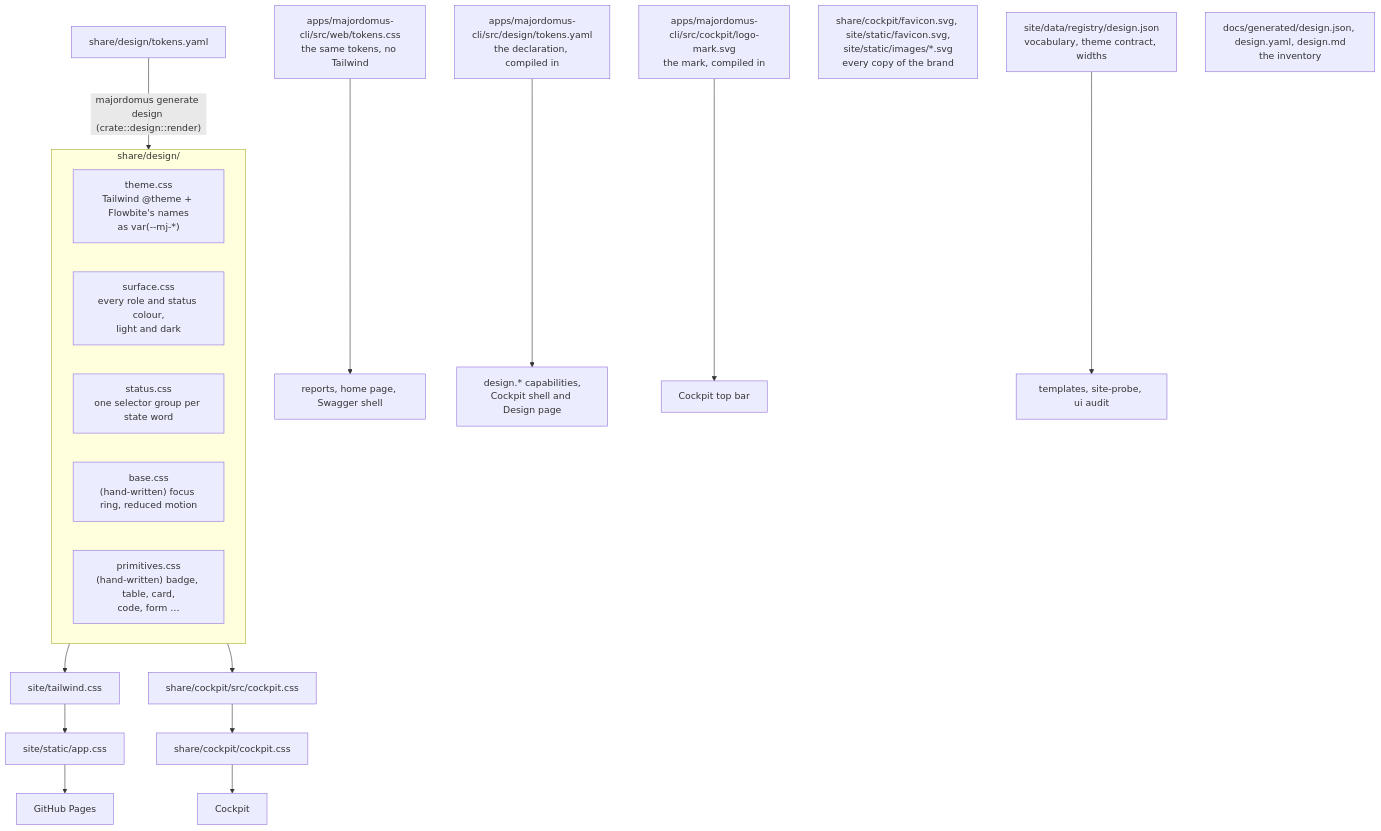
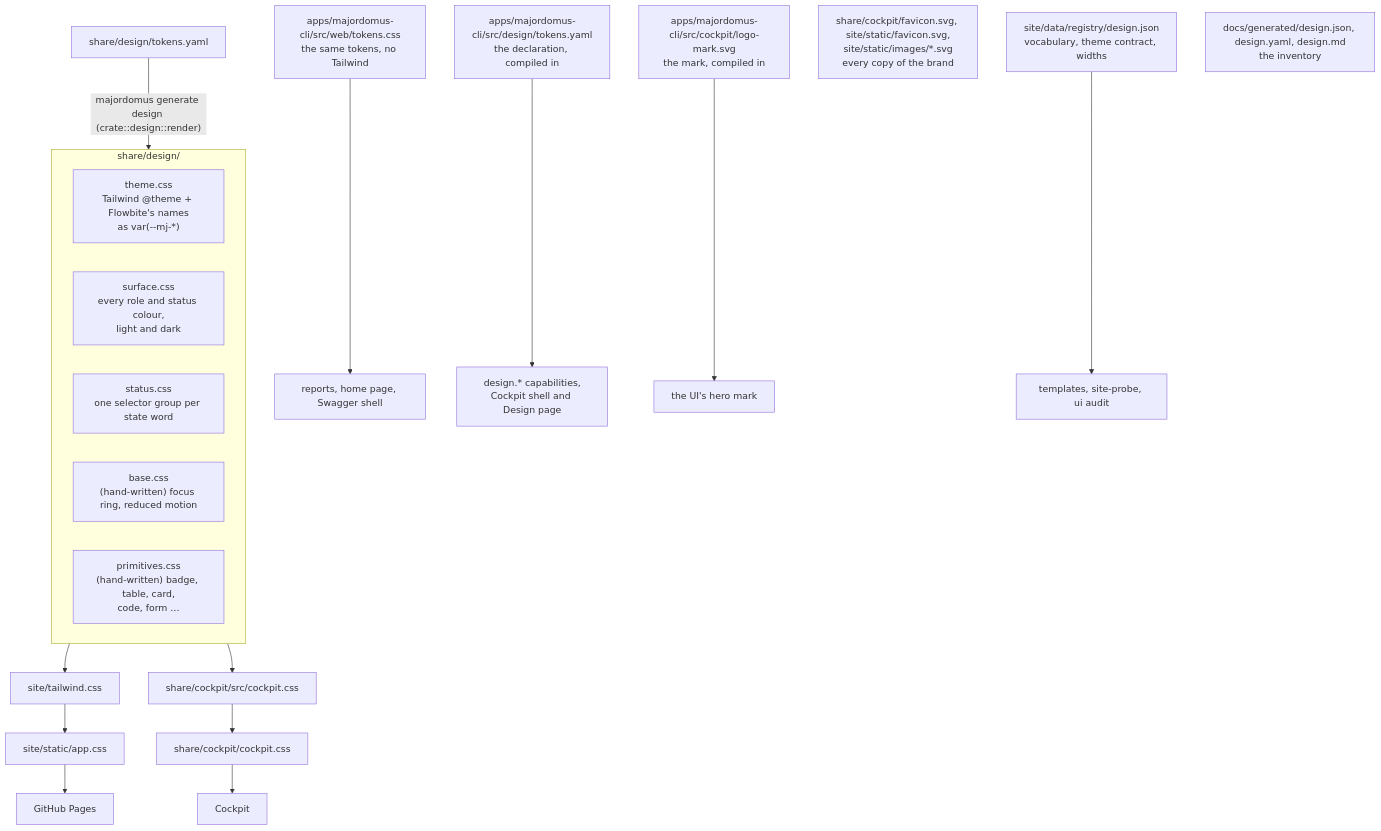
One commit to korczis/prismatic-majordomus changed the diagram in docs/DESIGN_SYSTEM.md. Above: the diagram before and after it, drawn with Mermaid. The commit also changed other lines of this file and 60 other files, not shown here.

````diff
--- a/docs/DESIGN_SYSTEM.md
+++ b/docs/DESIGN_SYSTEM.md
@@ -52,38 +52,38 @@
 ```mermaid
 flowchart TD
   yaml["share/design/tokens.yaml"]
   subgraph sheets["share/design/"]
     theme["theme.css<br>Tailwind @theme + Flowbite's names<br>as var(--mj-*)"]
     surface["surface.css<br>every role and status colour,<br>light and dark"]
     status["status.css<br>one selector group per state word"]
     base["base.css<br>(hand-written) focus ring, reduced motion"]
     primitives["primitives.css<br>(hand-written) badge, table, card,<br>code, form …"]
   end
   tailwind["site/tailwind.css"]
   appcss["site/static/app.css"]
   pages["GitHub Pages"]
   cksrc["share/cockpit/src/cockpit.css"]
   ckcss["share/cockpit/cockpit.css"]
   cockpit["Cockpit"]
   webtokens["apps/majordomus-cli/src/web/tokens.css<br>the same tokens, no Tailwind"]
   webout["reports, home page, Swagger shell"]
   decl["apps/majordomus-cli/src/design/tokens.yaml<br>the declaration, compiled in"]
   declout["design.* capabilities,<br>Cockpit shell and Design page"]
   logo["apps/majordomus-cli/src/cockpit/logo-mark.svg<br>the mark, compiled in"]
-  topbar["Cockpit top bar"]
+  topbar["the UI's hero mark"]
   brand["share/cockpit/favicon.svg, site/static/favicon.svg,<br>site/static/images/*.svg<br>every copy of the brand"]
   registry["site/data/registry/design.json<br>vocabulary, theme contract, widths"]
   registryout["templates, site-probe, ui audit"]
   inventory["docs/generated/design.json, design.yaml, design.md<br>the inventory"]
   yaml -->|"majordomus generate design (crate::design::render)"| sheets
   sheets --> tailwind
   tailwind --> appcss
   appcss --> pages
   sheets --> cksrc
   cksrc --> ckcss
   ckcss --> cockpit
   webtokens --> webout
   decl --> declout
   logo --> topbar
   registry --> registryout
 ```
````
